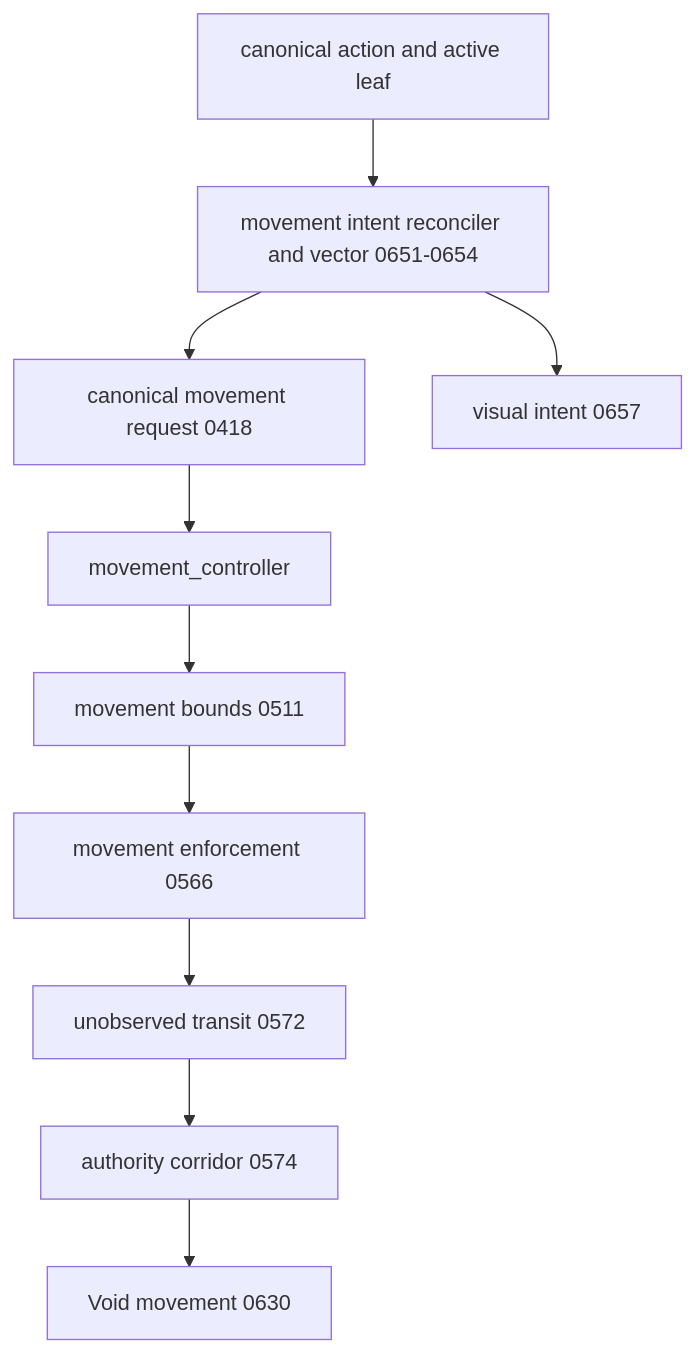
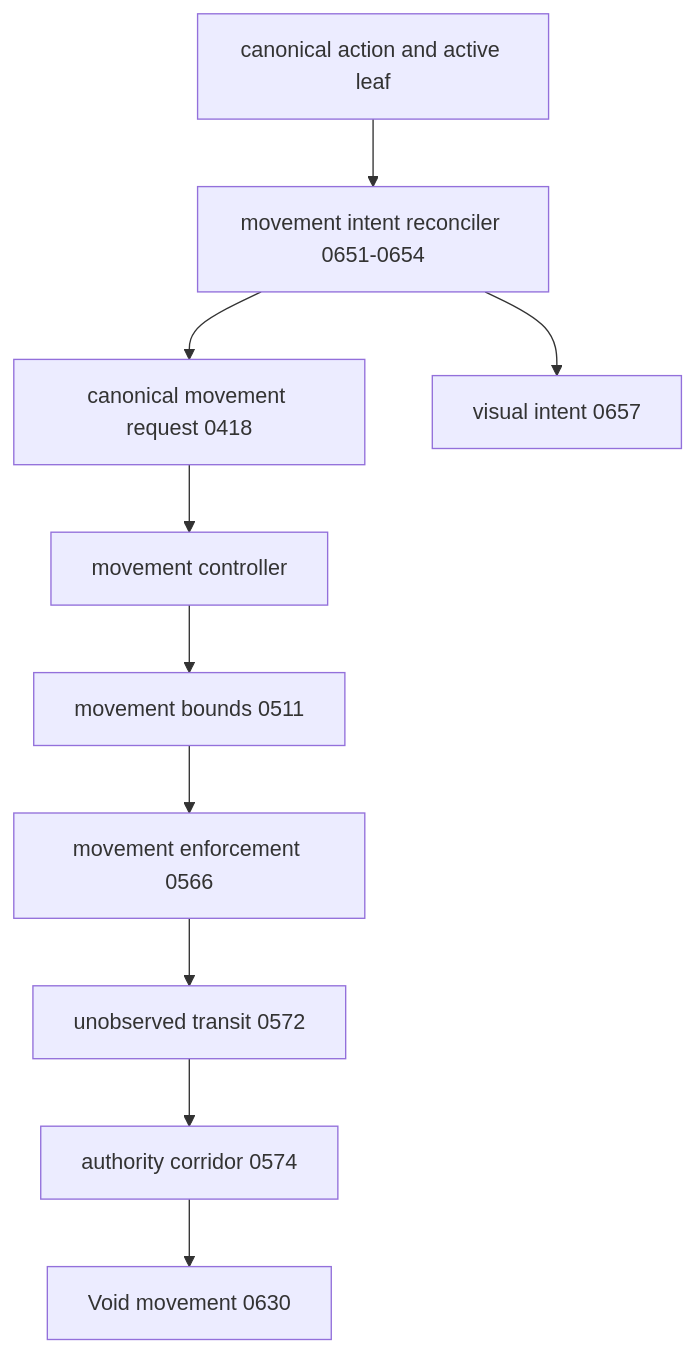
Diagram 13 of 15 in docs/RECOVERY_AUTHORITY_MAP_CURRENT.md (mrcalzon02/Tech-Priests), drawn with Mermaid before and after one commit. The commit also changed other lines of this file, not shown here.

````diff
--- a/docs/RECOVERY_AUTHORITY_MAP_CURRENT.md
+++ b/docs/RECOVERY_AUTHORITY_MAP_CURRENT.md
@@ -327,16 +348,16 @@
 ```mermaid
 flowchart TD
     Action[canonical action and active leaf]
-    Intent[movement intent reconciler and vector 0651-0654]
+    Intent[movement intent reconciler 0651-0654]
     Request[canonical movement request 0418]
-    Controller[movement_controller]
+    Controller[movement controller]
     Bounds[movement bounds 0511]
     Enforcement[movement enforcement 0566]
     Economy[unobserved transit 0572]
     Corridor[authority corridor 0574]
     Void[Void movement 0630]
     Visual[visual intent 0657]
 
     Action --> Intent --> Request --> Controller --> Bounds --> Enforcement --> Economy --> Corridor --> Void
     Intent --> Visual
 ```
````
